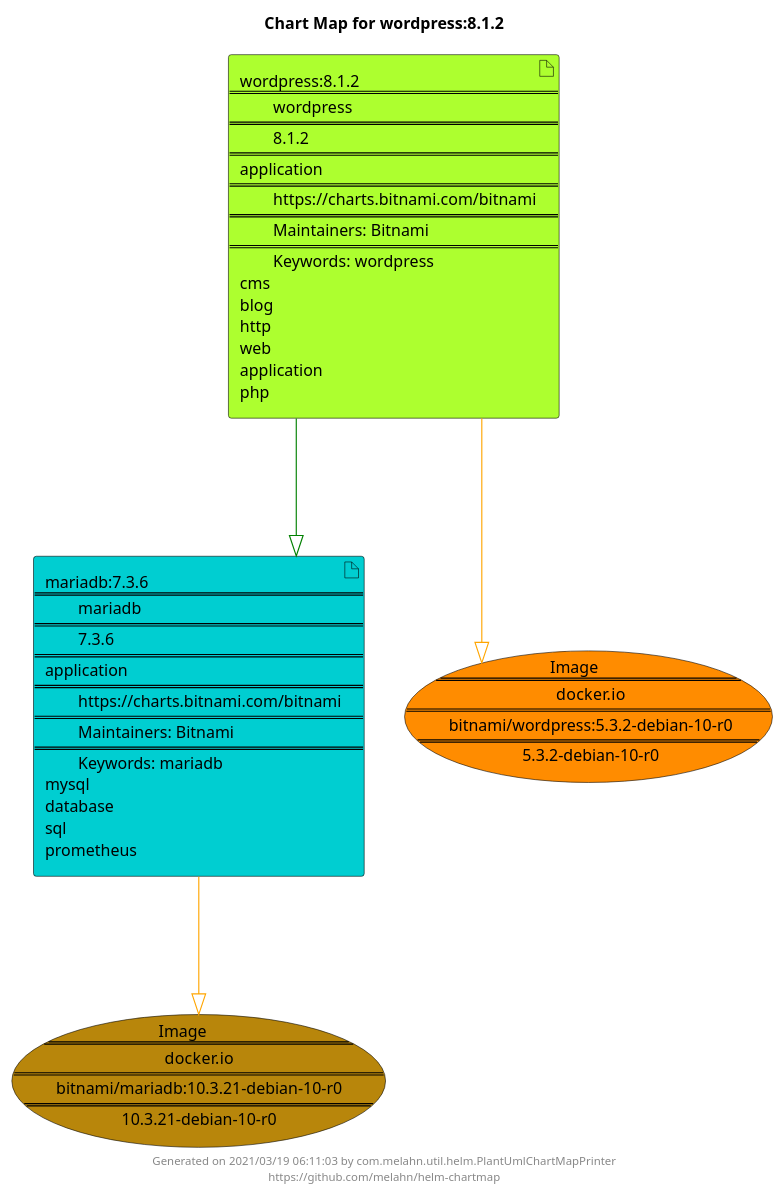
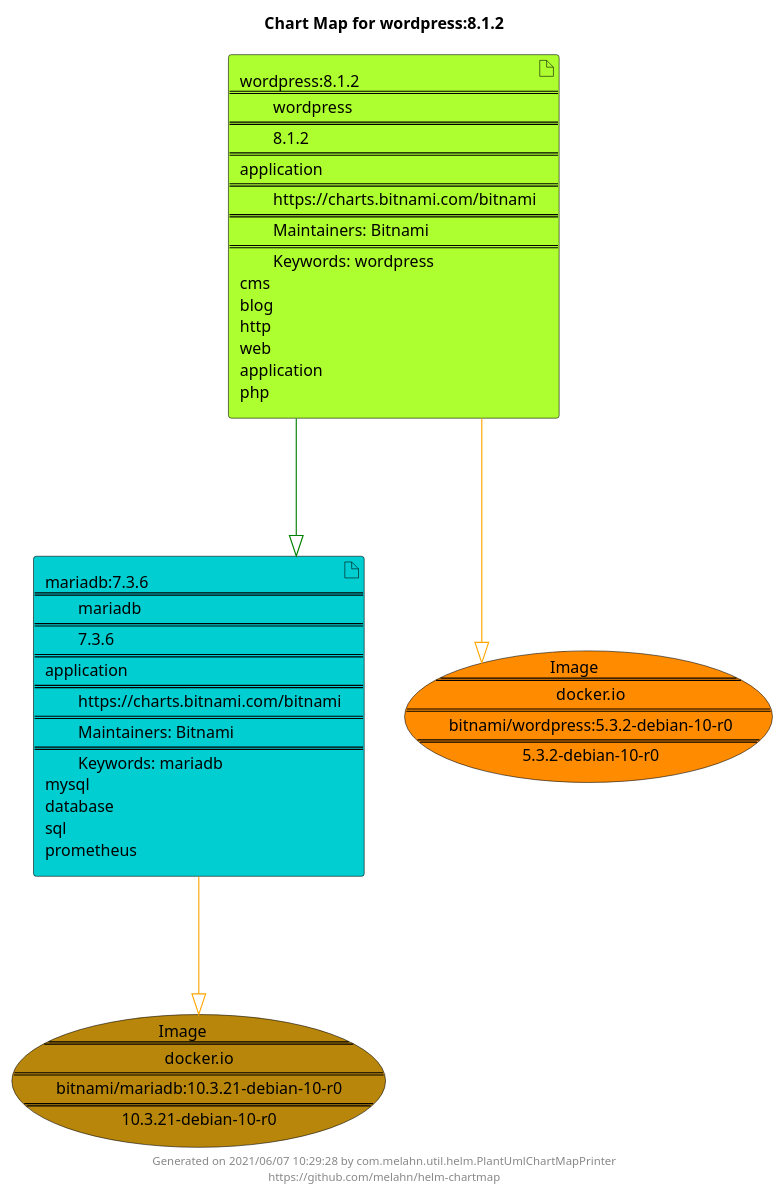
One commit to melahn/helm-chartmap changed the diagram in docs/wordpress/wordpress-8.1.2.puml. Above: the diagram before and after it, drawn with PlantUML. The commit also changed 32 other files, not shown here.

Commit message:
Updating chartmap examples

```diff
--- a/docs/wordpress/wordpress-8.1.2.puml
+++ b/docs/wordpress/wordpress-8.1.2.puml
@@ -1,25 +1,25 @@
 @startuml
 skinparam linetype ortho
 skinparam backgroundColor white
 skinparam usecaseBorderColor black
 skinparam usecaseArrowColor LightSlateGray
 skinparam artifactBorderColor black
 skinparam artifactArrowColor LightSlateGray
 
 title Chart Map for wordpress:8.1.2
 
 'There are 2 referenced Helm Charts
 artifact "mariadb:7.3.6\n====\n\tmariadb\n====\n\t7.3.6\n====\napplication\n====\n\thttps://charts.bitnami.com/bitnami\n====\n\tMaintainers: Bitnami\n====\n\tKeywords: mariadb\nmysql\ndatabase\nsql\nprometheus" as mariadb_7_3_6 #DarkTurquoise
 artifact "wordpress:8.1.2\n====\n\twordpress\n====\n\t8.1.2\n====\napplication\n====\n\thttps://charts.bitnami.com/bitnami\n====\n\tMaintainers: Bitnami\n====\n\tKeywords: wordpress\ncms\nblog\nhttp\nweb\napplication\nphp" as wordpress_8_1_2 #GreenYellow
 
 'There are 2 referenced Docker Images
 usecase "Image\n====\n\tdocker.io\n====\n\tbitnami/mariadb:10.3.21-debian-10-r0\n====\n\t10.3.21-debian-10-r0" as docker_io_bitnami_mariadb_10_3_21_debian_10_r0 #DarkGoldenRod
 usecase "Image\n====\n\tdocker.io\n====\n\tbitnami/wordpress:5.3.2-debian-10-r0\n====\n\t5.3.2-debian-10-r0" as docker_io_bitnami_wordpress_5_3_2_debian_10_r0 #Darkorange
 
 'Chart Dependencies
 wordpress_8_1_2--[#green]-|>mariadb_7_3_6
 mariadb_7_3_6--[#orange]-|>docker_io_bitnami_mariadb_10_3_21_debian_10_r0
 wordpress_8_1_2--[#orange]-|>docker_io_bitnami_wordpress_5_3_2_debian_10_r0
 
-center footer Generated on 2021/03/19 06:11:03 by com.melahn.util.helm.PlantUmlChartMapPrinter\nhttps://github.com/melahn/helm-chartmap
+center footer Generated on 2021/06/07 10:29:28 by com.melahn.util.helm.PlantUmlChartMapPrinter\nhttps://github.com/melahn/helm-chartmap
 @enduml
```
